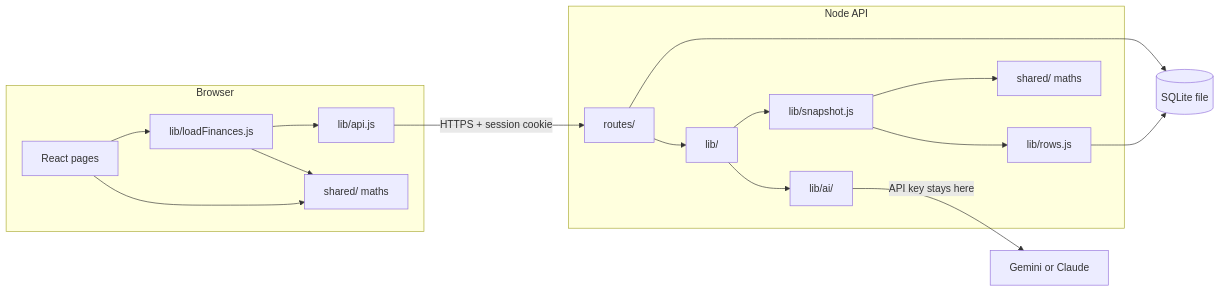
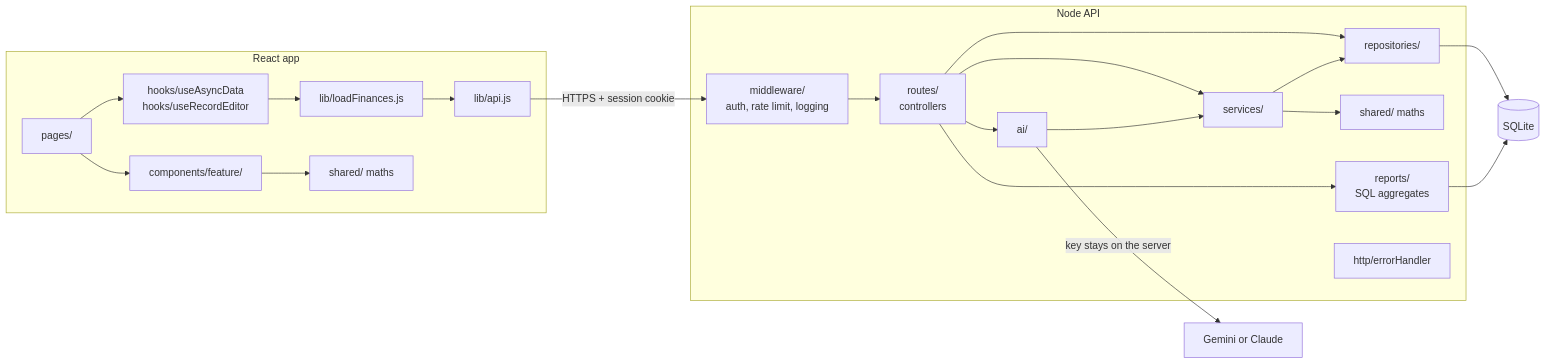
One commit to i-varunsharma/Nest-Worth changed the first of 4 diagrams in docs/SYSTEM_DESIGN.md. Above: the diagram before and after it, drawn with Mermaid. The commit also changed other lines of this file and 4 other files, not shown here.

First line of the commit message:
Update docs for the layered architecture

````diff
--- a/docs/SYSTEM_DESIGN.md
+++ b/docs/SYSTEM_DESIGN.md
@@ -43,22 +43,28 @@
 ```mermaid
 flowchart LR
-  subgraph Browser
-    Pages[React pages] --> Load[lib/loadFinances.js]
-    Load --> API_JS[lib/api.js]
-    Pages --> SharedB[shared/ maths]
-    Load --> SharedB
+  subgraph Browser[React app]
+    Pages[pages/] --> Features[components/feature/]
+    Pages --> Hooks[hooks/useAsyncData<br/>hooks/useRecordEditor]
+    Hooks --> Loaders[lib/loadFinances.js]
+    Loaders --> Client[lib/api.js]
+    Features --> SharedB[shared/ maths]
   end
 
   subgraph Server[Node API]
-    Routes[routes/] --> Lib[lib/]
-    Lib --> Snapshot[lib/snapshot.js]
-    Snapshot --> Rows[lib/rows.js]
-    Snapshot --> SharedS[shared/ maths]
-    Lib --> AI[lib/ai/]
+    MW[middleware/<br/>auth, rate limit, logging] --> Routes[routes/<br/>controllers]
+    Routes --> Services[services/]
+    Routes --> Repos[repositories/]
+    Services --> Repos
+    Services --> SharedS[shared/ maths]
+    Routes --> AI[ai/]
+    AI --> Services
+    Reports[reports/<br/>SQL aggregates]
+    Routes --> Reports
+    Errors[http/errorHandler]
   end
 
-  API_JS -- HTTPS + session cookie --> Routes
-  Rows --> DB[(SQLite file)]
-  Routes --> DB
-  AI -- API key stays here --> Model[Gemini or Claude]
+  Client -- HTTPS + session cookie --> MW
+  Repos --> DB[(SQLite)]
+  Reports --> DB
+  AI -- key stays on the server --> Model[Gemini or Claude]
 ```
````
